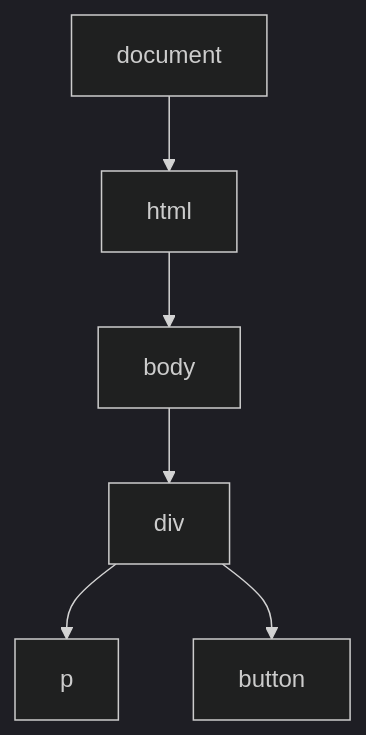
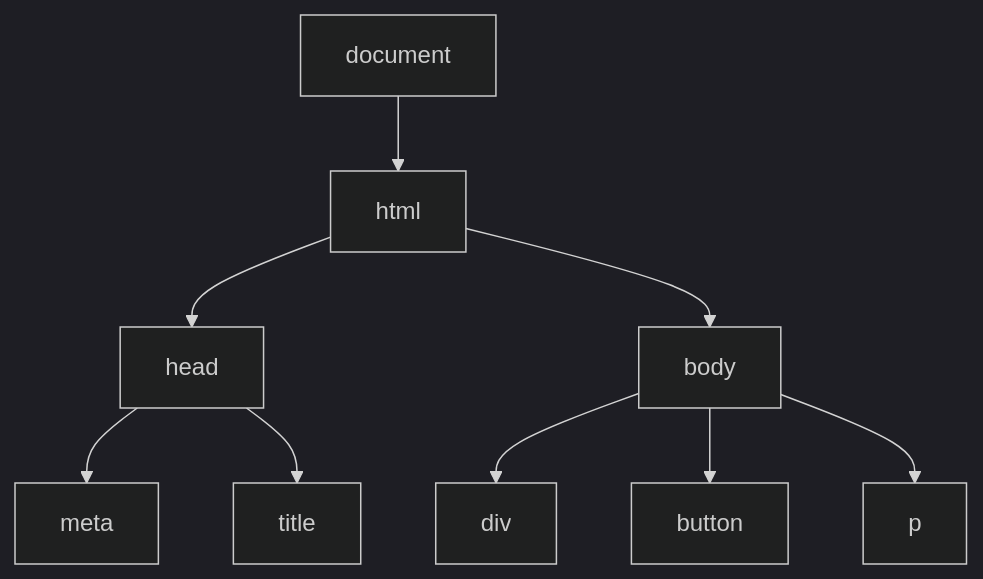
The diagram in pages/domination/react.md (taichi221228/introduction-to-the-javascript-ecosystem), drawn with Mermaid (dark theme) before and after one commit. The commit also changed other lines of this file, not shown here.

Commit message:
feat: Update mermeid in React section

````diff
--- a/pages/domination/react.md
+++ b/pages/domination/react.md
@@ -73,15 +77,21 @@
 ```mermaid
 graph TD
-  A[document]
-  B[html]
-  C[body]
-  D[div]
-  E[p]
-  F[button]
+  document[document]
+    html[html]
+      head[head]
+        meta[meta]
+        title[title]
+      body[body]
+        div[div]
+        button[button]
+        p[p]
 
-  A --> B
-  B --> C
-  C --> D
-  D --> E
-  D --> F
+  document --> html
+    html --> head
+      head --> meta
+      head --> title
+    html --> body
+      body --> div
+      body --> button
+      body --> p
 ```
````
